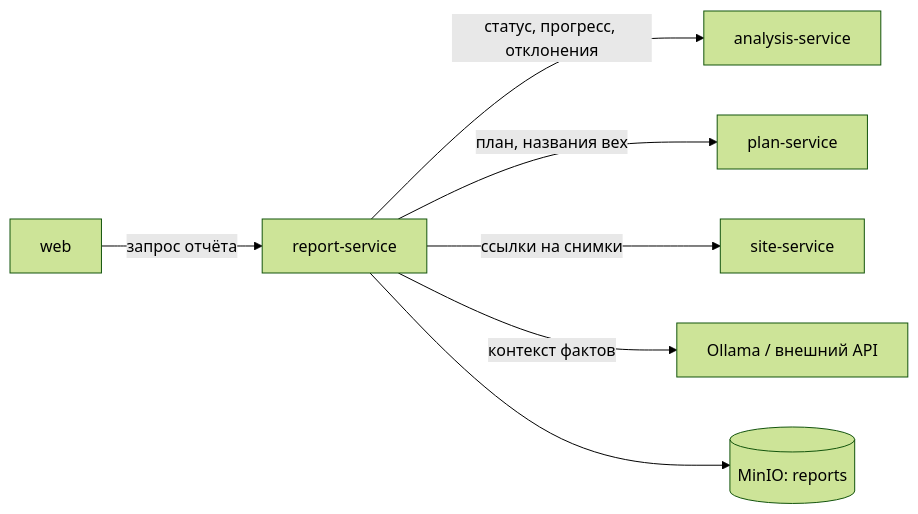
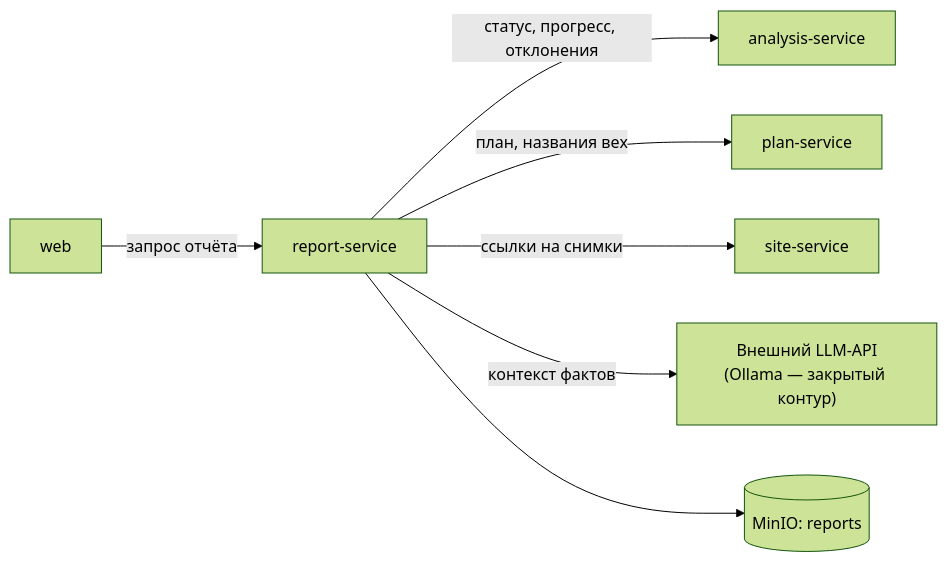
Before and after one commit to cerXXXX/ConstructionSupervision: the diagram in services/report-service/README.md, drawn with Mermaid (forest theme). The commit also changed other lines of this file and 9 other files, not shown here.

````diff
--- a/services/report-service/README.md
+++ b/services/report-service/README.md
@@ -14,9 +14,9 @@
 ```mermaid
 flowchart LR
     WEB["web"] -->|"запрос отчёта"| REP
     REP["report-service"] -->|"статус, прогресс, отклонения"| ANL["analysis-service"]
     REP -->|"план, названия вех"| PLAN["plan-service"]
     REP -->|"ссылки на снимки"| SITE["site-service"]
-    REP -->|"контекст фактов"| LLM["Ollama / внешний API"]
+    REP -->|"контекст фактов"| LLM["Внешний LLM-API<br/>(Ollama — закрытый контур)"]
     REP --> S3[("MinIO: reports")]
 ```
````
